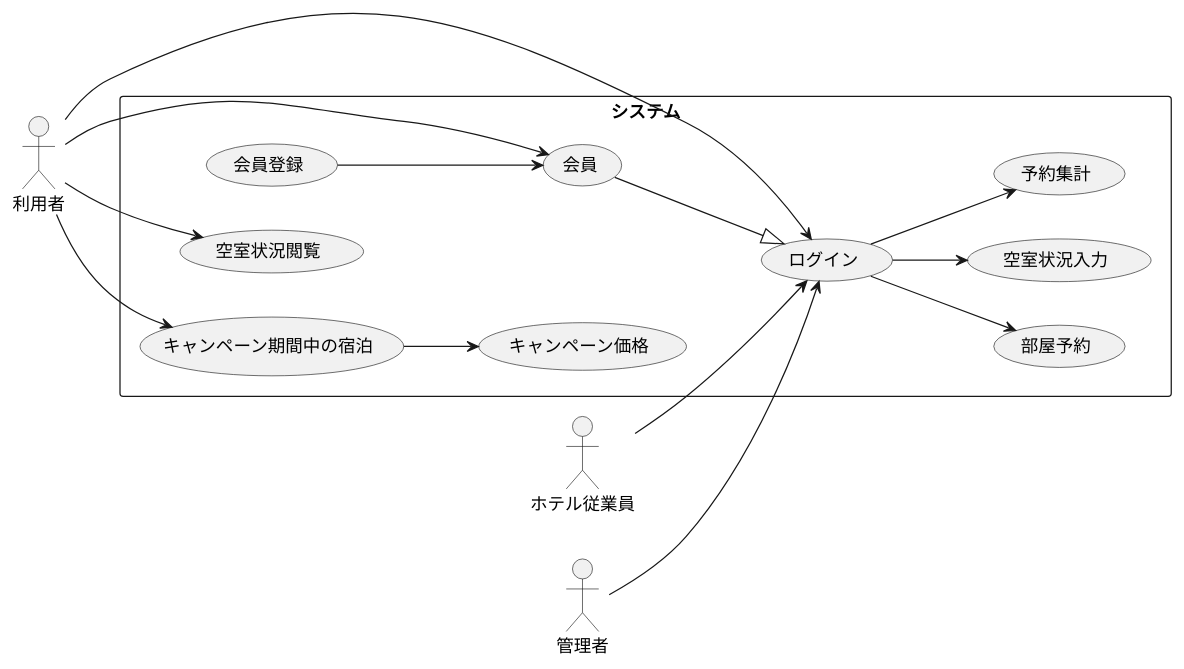
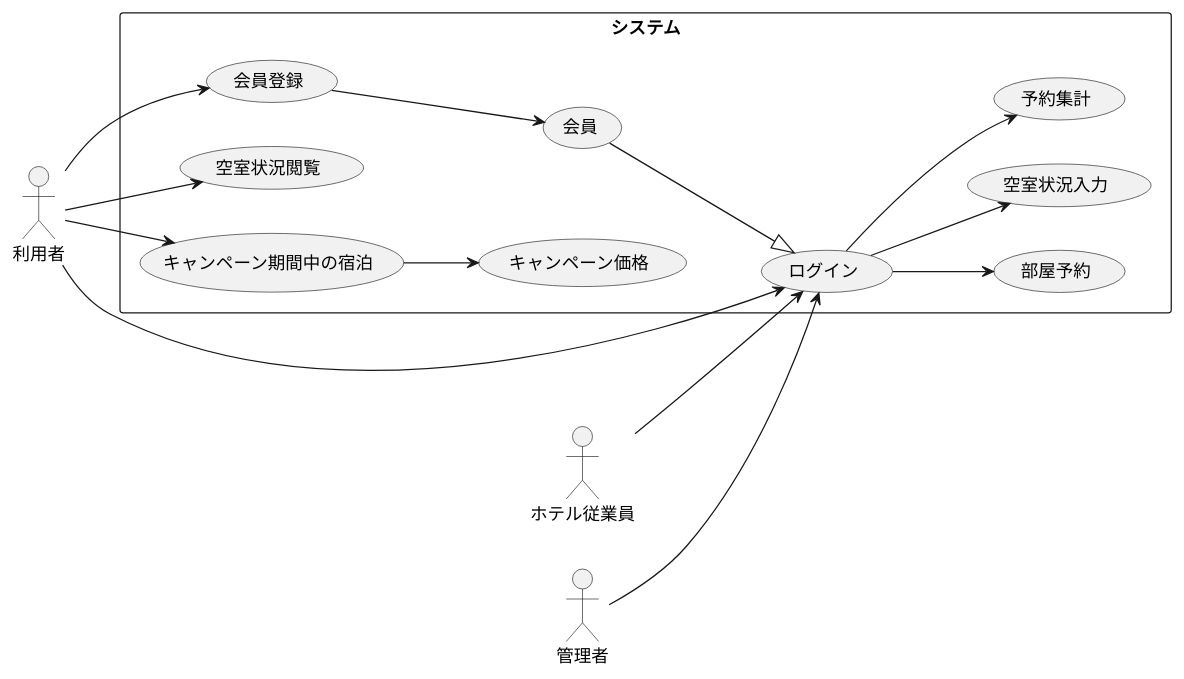
One commit to nishiyu0919/uml-introduction changed the diagram in 演習2-8_UC_ホテル予約システム.pu. Above: the diagram before and after it, drawn with PlantUML.

Commit message:
演習2-8

```diff
--- a/演習2-8_UC_ホテル予約システム.pu
+++ b/演習2-8_UC_ホテル予約システム.pu
@@ -1,36 +1,36 @@
 @startuml 演習2-8
 left to right direction
 
 actor 利用者 
 actor ホテル従業員 
 actor 管理者 
 
 rectangle システム {
   usecase ログイン 
   usecase 会員登録 
   usecase 会員
   usecase 空室状況閲覧 
   usecase 部屋予約 
   usecase 空室状況入力
   usecase 予約集計 
   usecase キャンペーン価格
   usecase キャンペーン期間中の宿泊 
 
   利用者 --> ログイン
   利用者 --> 空室状況閲覧
   ログイン --> 部屋予約
   ホテル従業員 --> ログイン
   ログイン --> 空室状況入力
   管理者 --> ログイン
   ログイン --> 予約集計 
 
-  利用者 --> 会員
+  利用者 --> 会員登録
   会員登録 --> 会員
   会員 --|> ログイン
 
   利用者 --> キャンペーン期間中の宿泊
   キャンペーン期間中の宿泊 --> キャンペーン価格
   
 }
 
 @enduml
```
